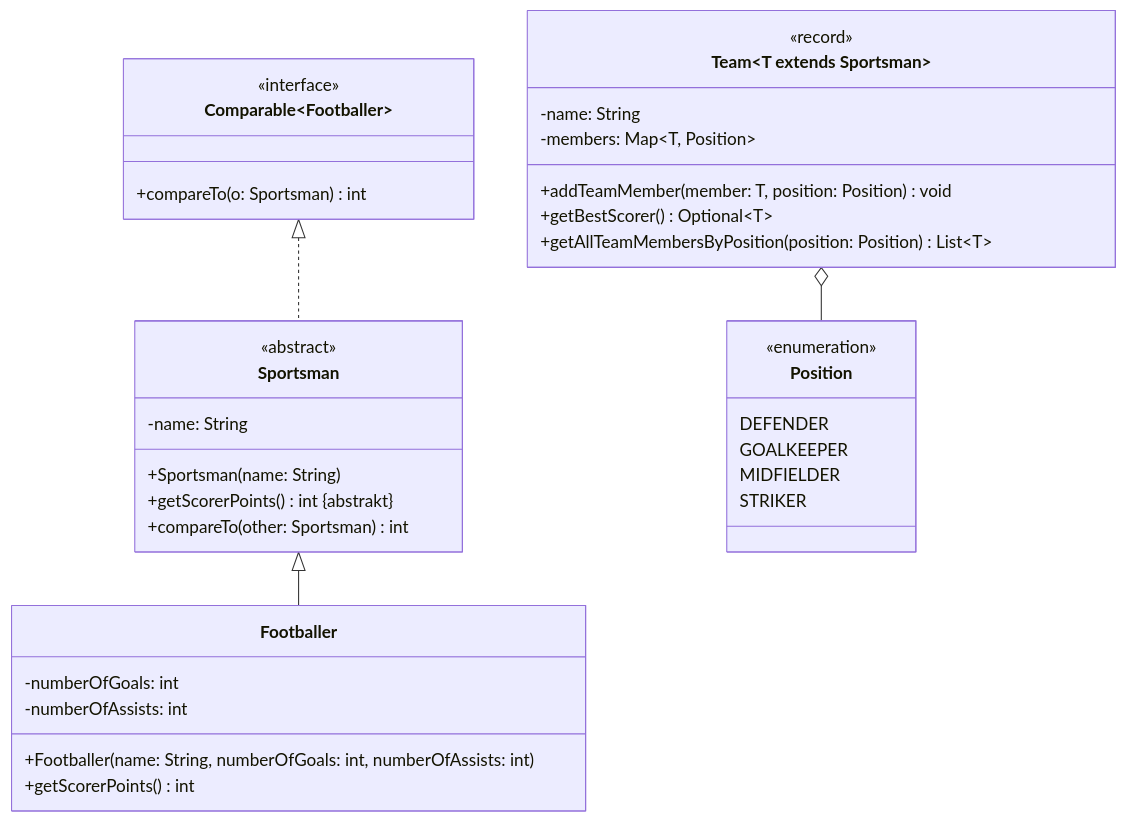
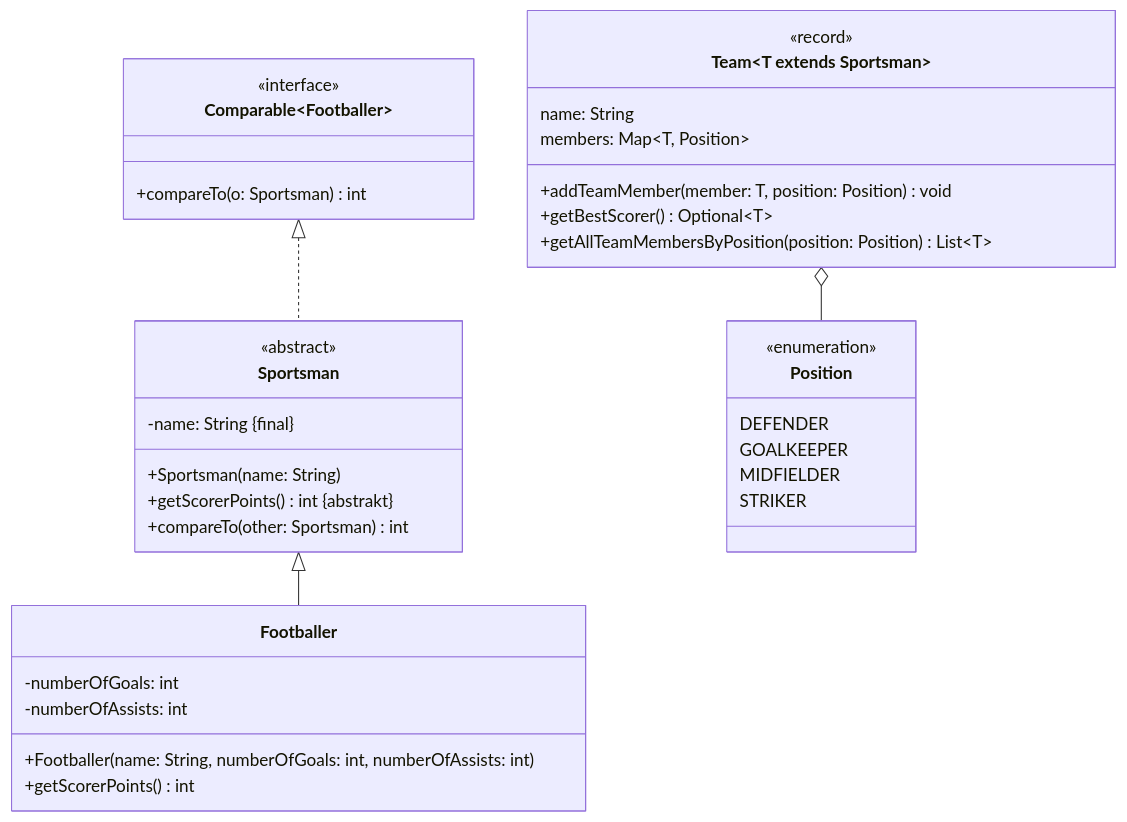
One commit to jappuccini/java-docs changed the diagram in docs/exam-exercises/exam-exercises-java2/team.md. Above: the diagram before and after it, drawn with Mermaid. The commit also changed 24 other files, not shown here.

````diff
--- a/docs/exam-exercises/exam-exercises-java2/team.md
+++ b/docs/exam-exercises/exam-exercises-java2/team.md
@@ -23,43 +23,43 @@
 ```mermaid
 classDiagram
     Sportsman <|-- Footballer
     Team~T extends Sportsman~ o-- Position
     Comparable~Footballer~ <|.. Sportsman
 
     class Footballer {
         -numberOfGoals: int
         -numberOfAssists: int
         +Footballer(name: String, numberOfGoals: int, numberOfAssists: int)
         +getScorerPoints() int
     }
 
     class Position {
         <<enumeration>>
         DEFENDER
         GOALKEEPER
         MIDFIELDER
         STRIKER
     }
 
     class Sportsman {
         <<abstract>>
-        -name: String
+        -name: String &#123final&#125
         +Sportsman(name: String)
         +getScorerPoints() int &#123abstrakt&#125
         +compareTo(other: Sportsman) int
     }
 
     class Team~T extends Sportsman~ {
         <<record>>
-        -name: String
-        -members: Map~T, Position~
+        name: String
+        members: Map~T, Position~
         +addTeamMember(member: T, position: Position) void
         +getBestScorer() Optional~T~
         +getAllTeamMembersByPosition(position: Position) List~T~
     }
 
     class Comparable~Sportsman~ {
         <<interface>>
         +compareTo(o: Sportsman) int
     }
 ```
````
